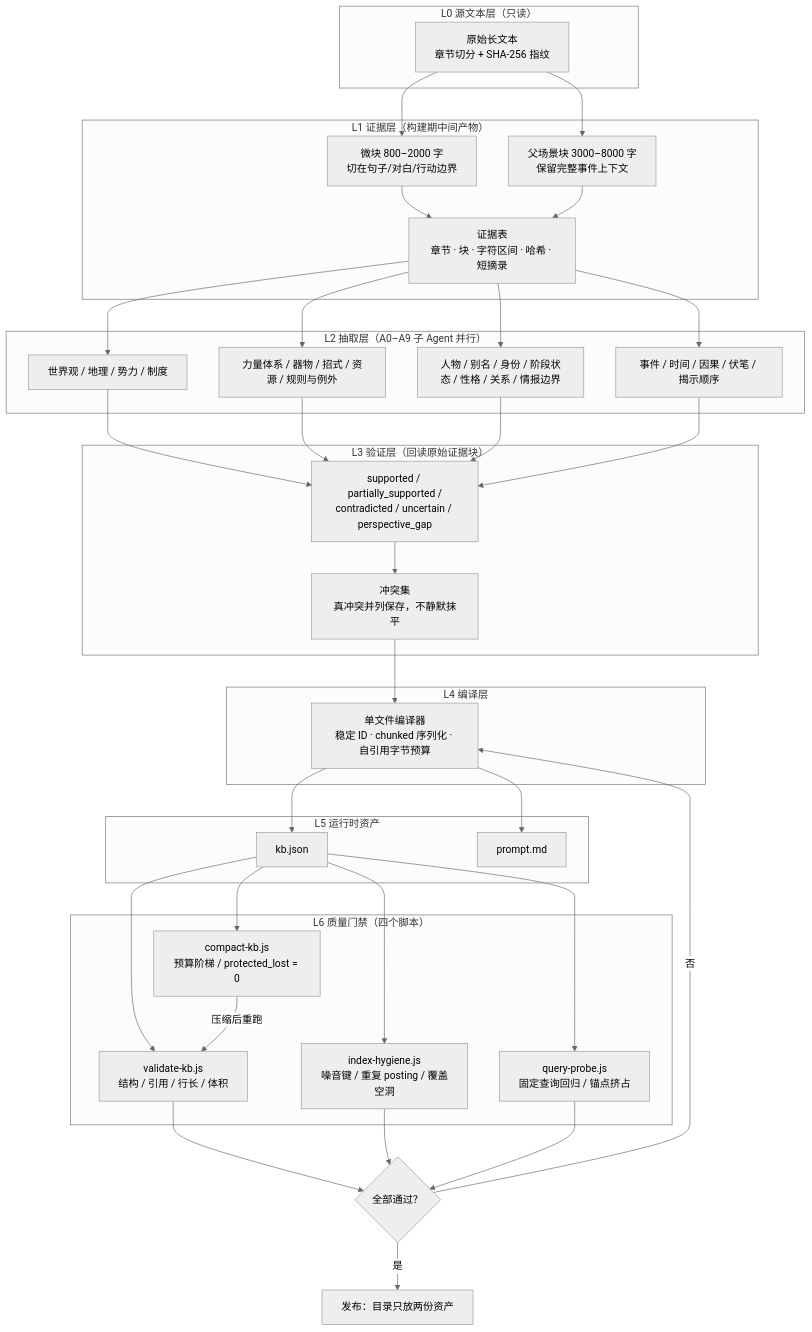
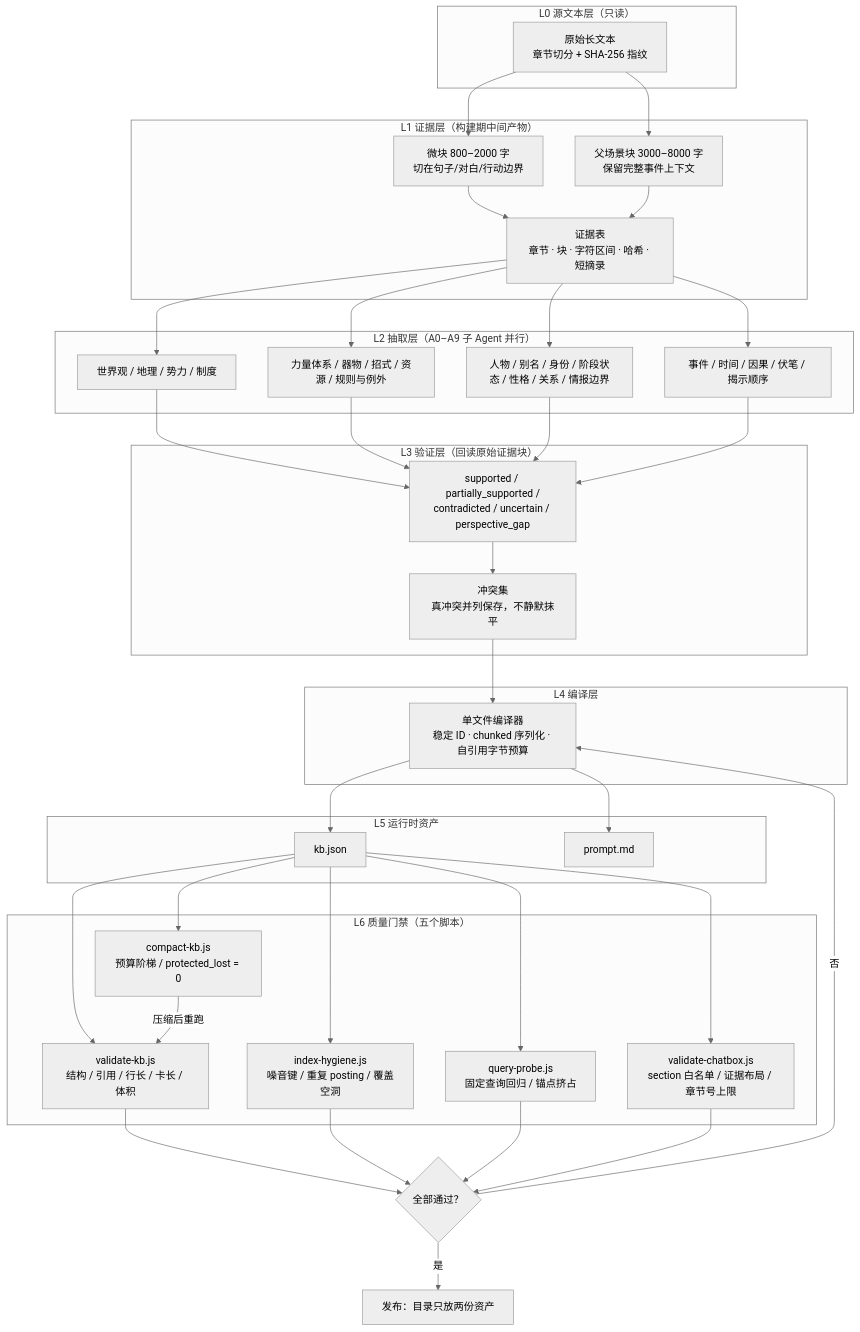
Before and after one commit to flupke91/longform-canon-kb: the first of 2 diagrams in docs/ARCHITECTURE.md, drawn with Mermaid (neutral theme). The commit also changed 6 other files, not shown here.

````diff
--- a/docs/ARCHITECTURE.md
+++ b/docs/ARCHITECTURE.md
@@ -23,51 +23,53 @@
 ```mermaid
 flowchart TB
   subgraph L0["L0 源文本层（只读）"]
     SRC["原始长文本<br/>章节切分 + SHA-256 指纹"]
   end
 
   subgraph L1["L1 证据层（构建期中间产物）"]
     MICRO["微块 800–2000 字<br/>切在句子/对白/行动边界"]
     SCENE["父场景块 3000–8000 字<br/>保留完整事件上下文"]
     EVID["证据表<br/>章节 · 块 · 字符区间 · 哈希 · 短摘录"]
   end
 
   subgraph L2["L2 抽取层（A0–A9 子 Agent 并行）"]
     W["世界观 / 地理 / 势力 / 制度"]
     P["力量体系 / 器物 / 招式 / 资源 / 规则与例外"]
     C["人物 / 别名 / 身份 / 阶段状态 / 性格 / 关系 / 情报边界"]
     T["事件 / 时间 / 因果 / 伏笔 / 揭示顺序"]
   end
 
   subgraph L3["L3 验证层（回读原始证据块）"]
     VER["supported / partially_supported /<br/>contradicted / uncertain / perspective_gap"]
     CONFL["冲突集<br/>真冲突并列保存，不静默抹平"]
   end
 
   subgraph L4["L4 编译层"]
     COMPILE["单文件编译器<br/>稳定 ID · chunked 序列化 · 自引用字节预算"]
   end
 
   subgraph L5["L5 运行时资产"]
     KB["kb.json"]
     PROMPT["prompt.md"]
   end
 
-  subgraph L6["L6 质量门禁（四个脚本）"]
-    V1["validate-kb.js<br/>结构 / 引用 / 行长 / 体积"]
+  subgraph L6["L6 质量门禁（五个脚本）"]
+    V1["validate-kb.js<br/>结构 / 引用 / 行长 / 卡长 / 体积"]
     V2["index-hygiene.js<br/>噪音键 / 重复 posting / 覆盖空洞"]
     V3["query-probe.js<br/>固定查询回归 / 锚点挤占"]
+    V5["validate-chatbox.js<br/>section 白名单 / 证据布局 / 章节号上限"]
     V4["compact-kb.js<br/>预算阶梯 / protected_lost = 0"]
   end
 
   SRC --> MICRO --> EVID
   SRC --> SCENE --> EVID
   EVID --> W & P & C & T
   W & P & C & T --> VER --> CONFL --> COMPILE --> KB
   COMPILE --> PROMPT
   KB --> V1 & V2 & V3
+  KB --> V5
   KB --> V4 -->|压缩后重跑| V1
-  V1 & V2 & V3 --> GATE{"全部通过？"}
+  V1 & V2 & V3 & V5 --> GATE{"全部通过？"}
   GATE -->|是| RELEASE["发布：目录只放两份资产"]
   GATE -->|否| COMPILE
 ```
````
